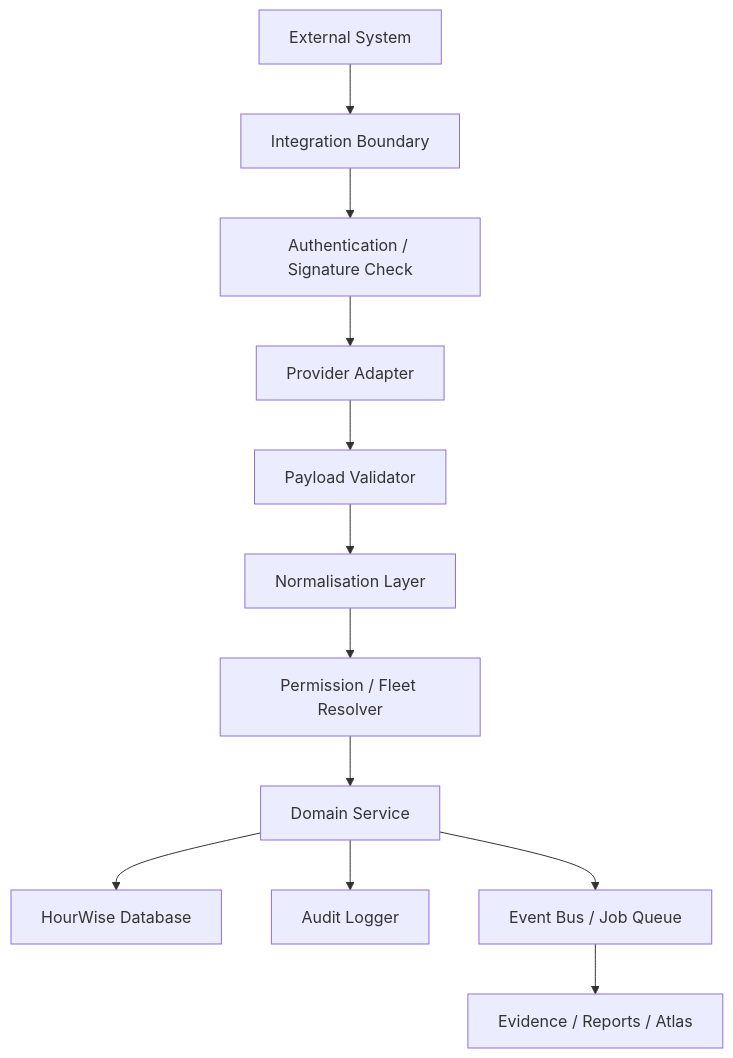
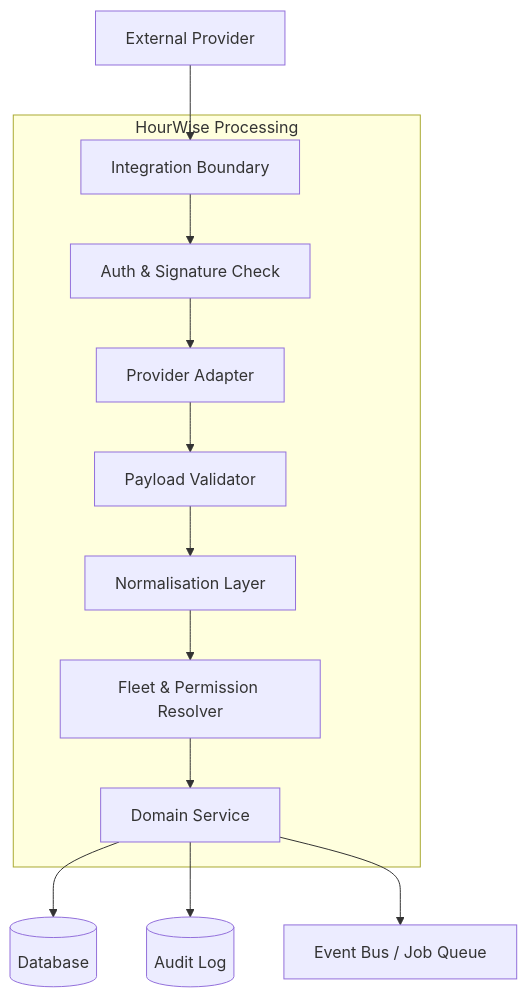
One commit to hourwise/HourWiseEU_Fleet_Portal changed the diagram in docs/source-of-truth/23 — Integration Architecture.md. Above: the diagram before and after it, drawn with Mermaid. The commit also changed other lines of this file and 26 other files, not shown here.

````diff
--- a/docs/source-of-truth/23 — Integration Architecture.md
+++ b/docs/source-of-truth/23 — Integration Architecture.md
@@ -106,14 +106,17 @@
-```mermaid id="w7ik9r"
+```mermaid
 flowchart TD
-    A[External System] --> B[Integration Boundary]
-    B --> C[Authentication / Signature Check]
-    C --> D[Provider Adapter]
-    D --> E[Payload Validator]
-    E --> F[Normalisation Layer]
-    F --> G[Permission / Fleet Resolver]
-    G --> H[Domain Service]
-    H --> I[HourWise Database]
-    H --> J[Audit Logger]
-    H --> K[Event Bus / Job Queue]
-    K --> L[Evidence / Reports / Atlas]
+    EP[External Provider] --> IB[Integration Boundary]
+    
+    subgraph "HourWise Processing"
+        IB --> ASC[Auth & Signature Check]
+        ASC --> PA[Provider Adapter]
+        PA --> PV[Payload Validator]
+        PV --> NL[Normalisation Layer]
+        NL --> FPR[Fleet & Permission Resolver]
+        FPR --> DS[Domain Service]
+    end
+    
+    DS --> DB[(Database)]
+    DS --> AL[(Audit Log)]
+    DS --> JQ[Event Bus / Job Queue]
 ```
````
